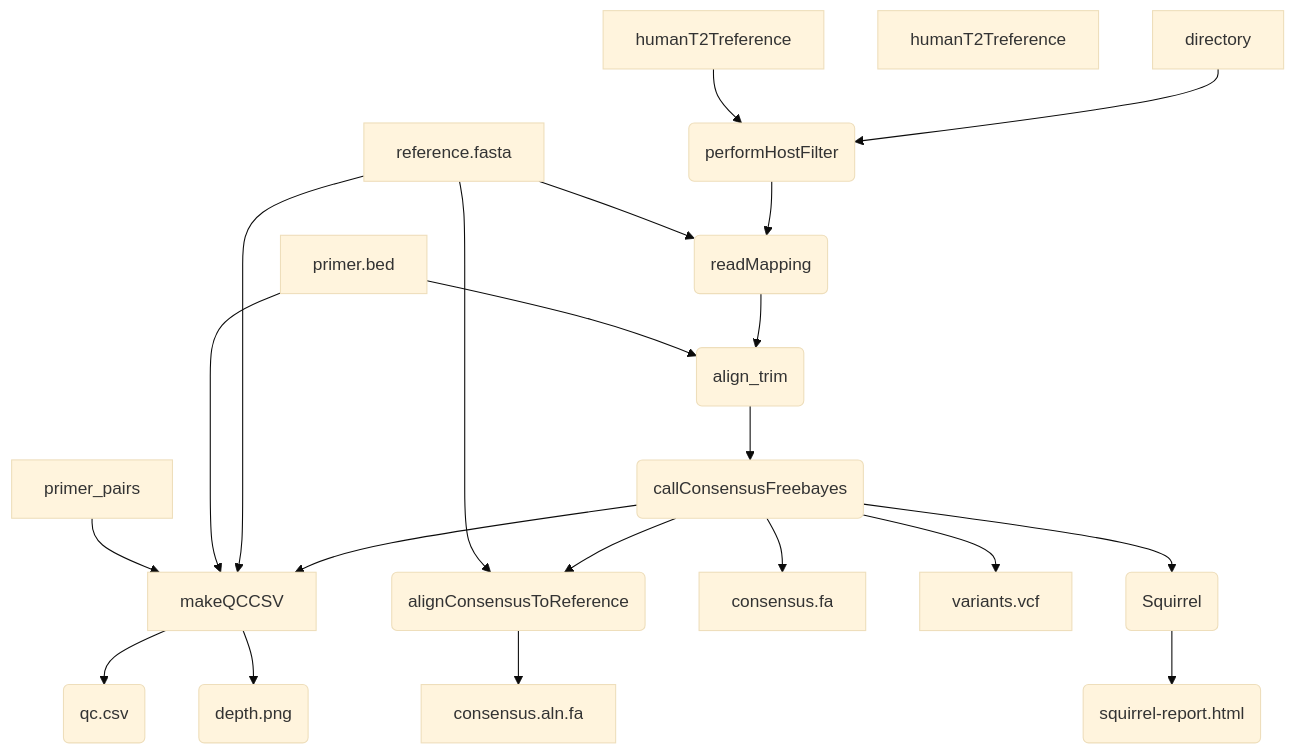
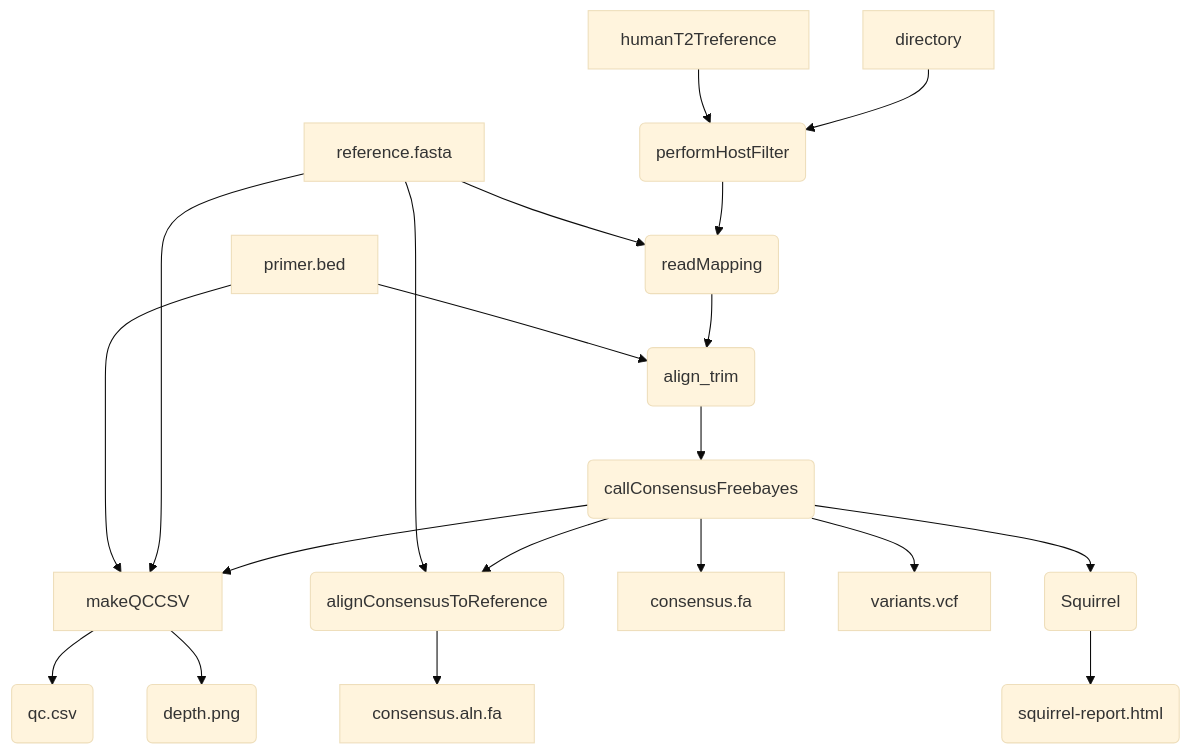
The diagram in README.md (artic-network/artic-mpxv-illumina-nf), drawn with Mermaid (base theme) before and after one commit.

Commit message:
Small changes to mermaid plot

````diff
--- a/README.md
+++ b/README.md
@@ -8,27 +8,26 @@
 ```mermaid
 flowchart TD
   ref[reference.fasta]
   primers[primer.bed]
   fastq[directory]
-  human-t2t-hla[humanT2Treference]
+  humanT2Treference[humanT2Treference]
   fastq --> performHostFilter
   humanT2Treference --> performHostFilter
   performHostFilter(performHostFilter) --> readMapping(readMapping)
   ref --> readMapping(readMapping)
   readMapping(readMapping) --> align_trim(align_trim)
   primers --> align_trim(align_trim)
   align_trim(align_trim) --> callConsensusFreebayes(callConsensusFreebayes)
   callConsensusFreebayes(callConsensusFreebayes) --> alignConsensusToReference(alignConsensusToReference)
   ref --> alignConsensusToReference
   alignConsensusToReference --> consensusAlignment[consensus.aln.fa]
   callConsensusFreebayes --> makeQCCSV
   callConsensusFreebayes --> consensus[consensus.fa]
   callConsensusFreebayes --> variants[variants.vcf]
   callConsensusFreebayes --> Squirrel(Squirrel)
   ref --> makeQCCSV
   primers --> makeQCCSV
-  primer_pairs --> makeQCCSV
   makeQCCSV --> qcCSV(qc.csv)
   makeQCCSV --> depthPNG(depth.png)
   Squirrel --> SquirrelReport(squirrel-report.html)
 ```
````
